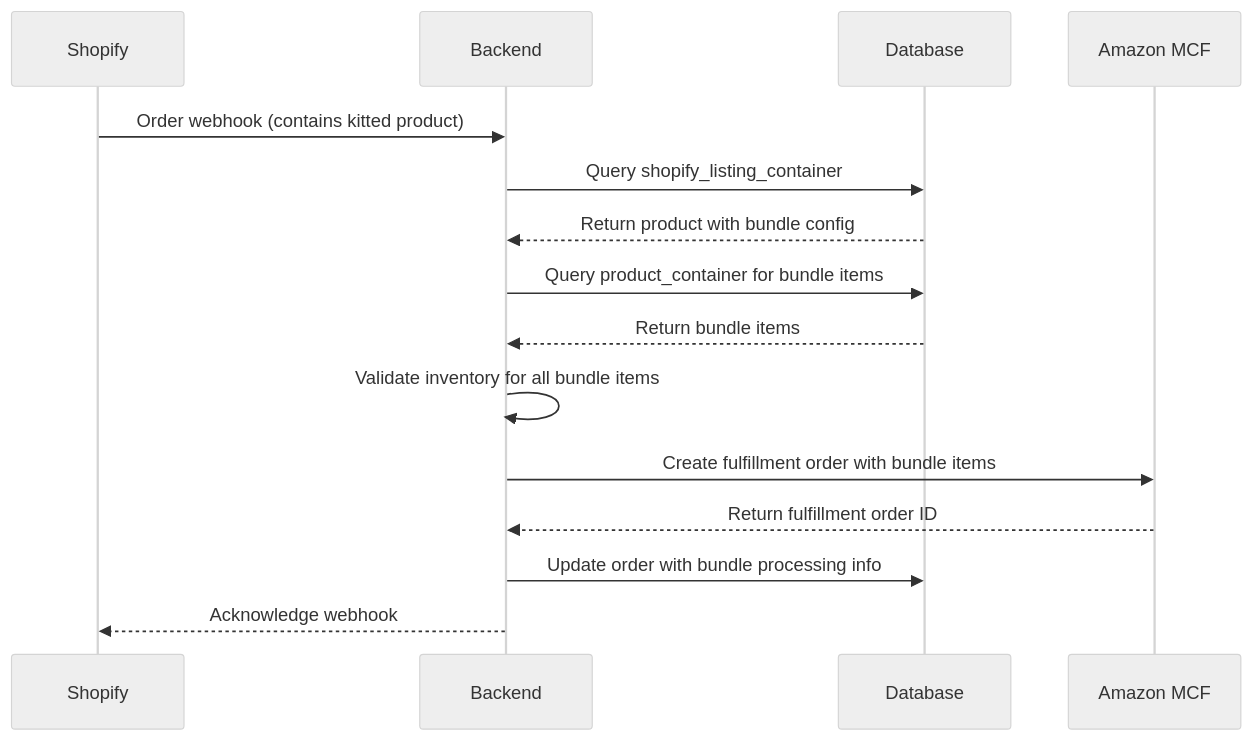
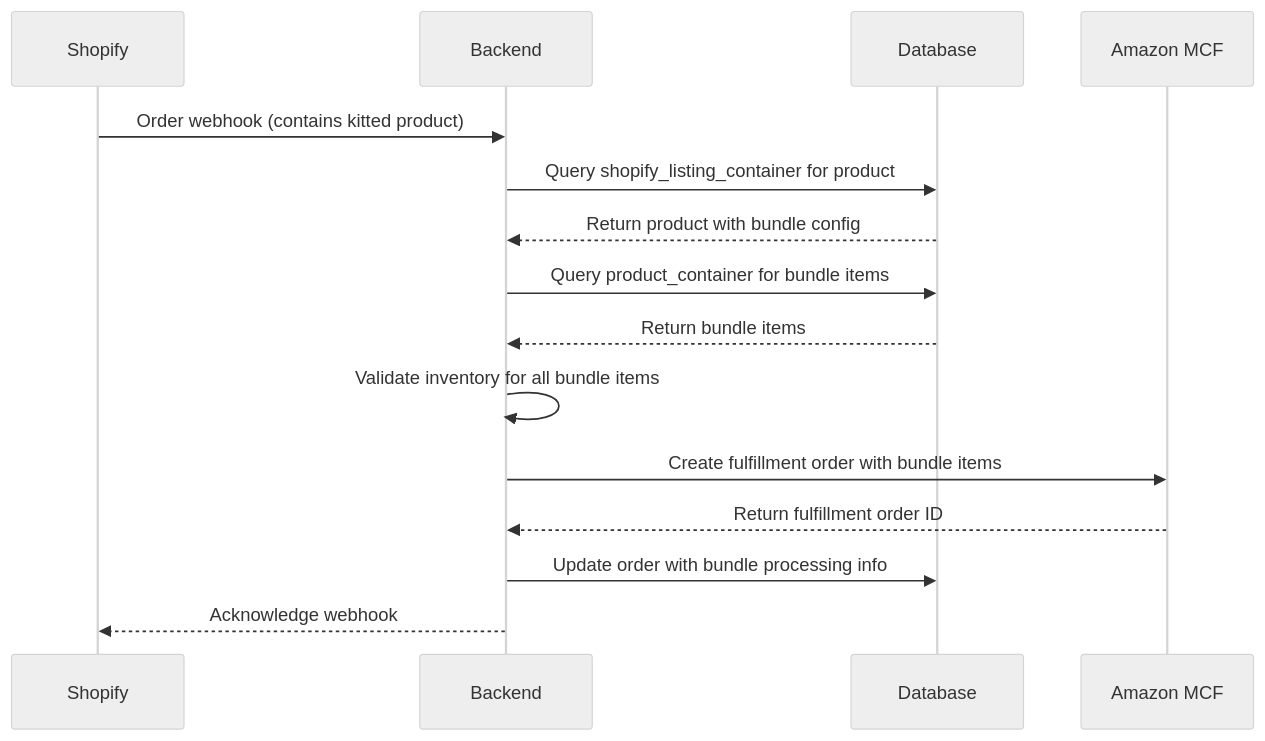
The second of 3 diagrams in README.md (agautam3c/KITTING_FUNCTIONALITY_DOCUMENTATION), drawn with Mermaid (neutral theme) before and after one commit. The commit also changed other lines of this file, not shown here.

````diff
--- a/README.md
+++ b/README.md
@@ -307,18 +308,18 @@
 ```mermaid
 sequenceDiagram
     participant S as Shopify
     participant B as Backend
     participant D as Database
     participant A as Amazon MCF
 
     S->>B: Order webhook (contains kitted product)
-    B->>D: Query shopify_listing_container
+    B->>D: Query shopify_listing_container for product
     D-->>B: Return product with bundle config
     B->>D: Query product_container for bundle items
     D-->>B: Return bundle items
     B->>B: Validate inventory for all bundle items
     B->>A: Create fulfillment order with bundle items
     A-->>B: Return fulfillment order ID
     B->>D: Update order with bundle processing info
     B-->>S: Acknowledge webhook
 ```
````
